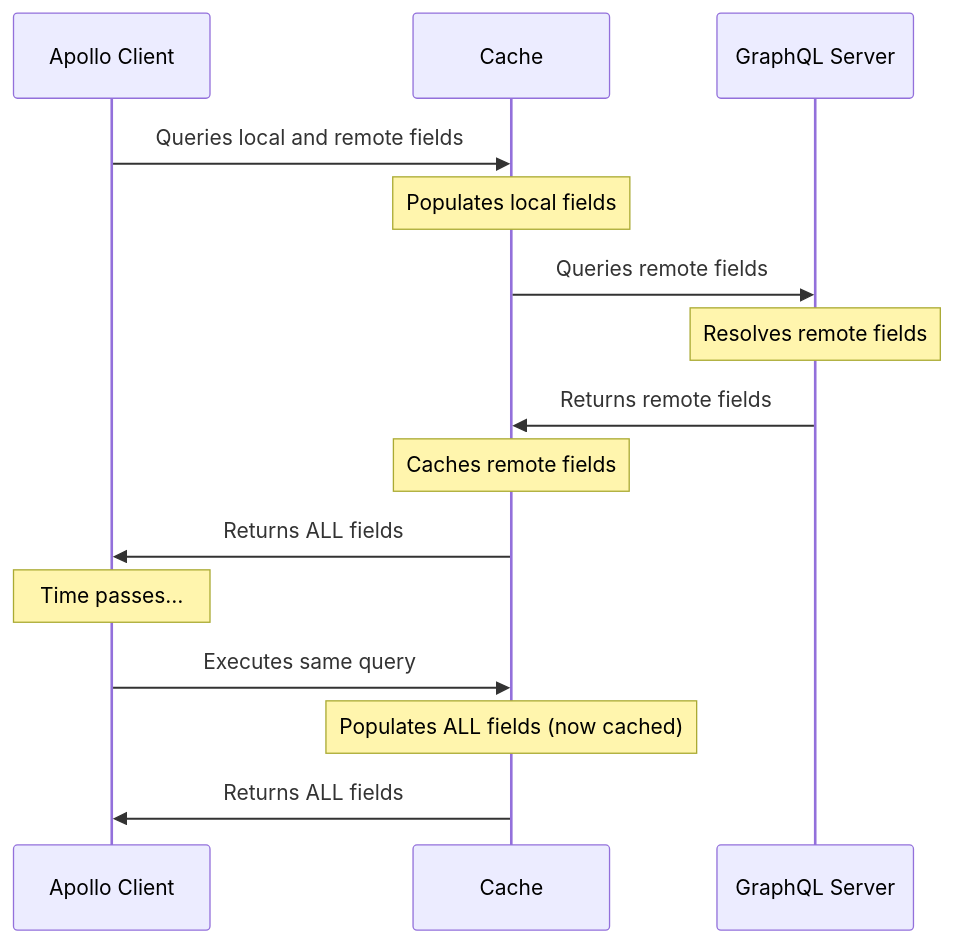
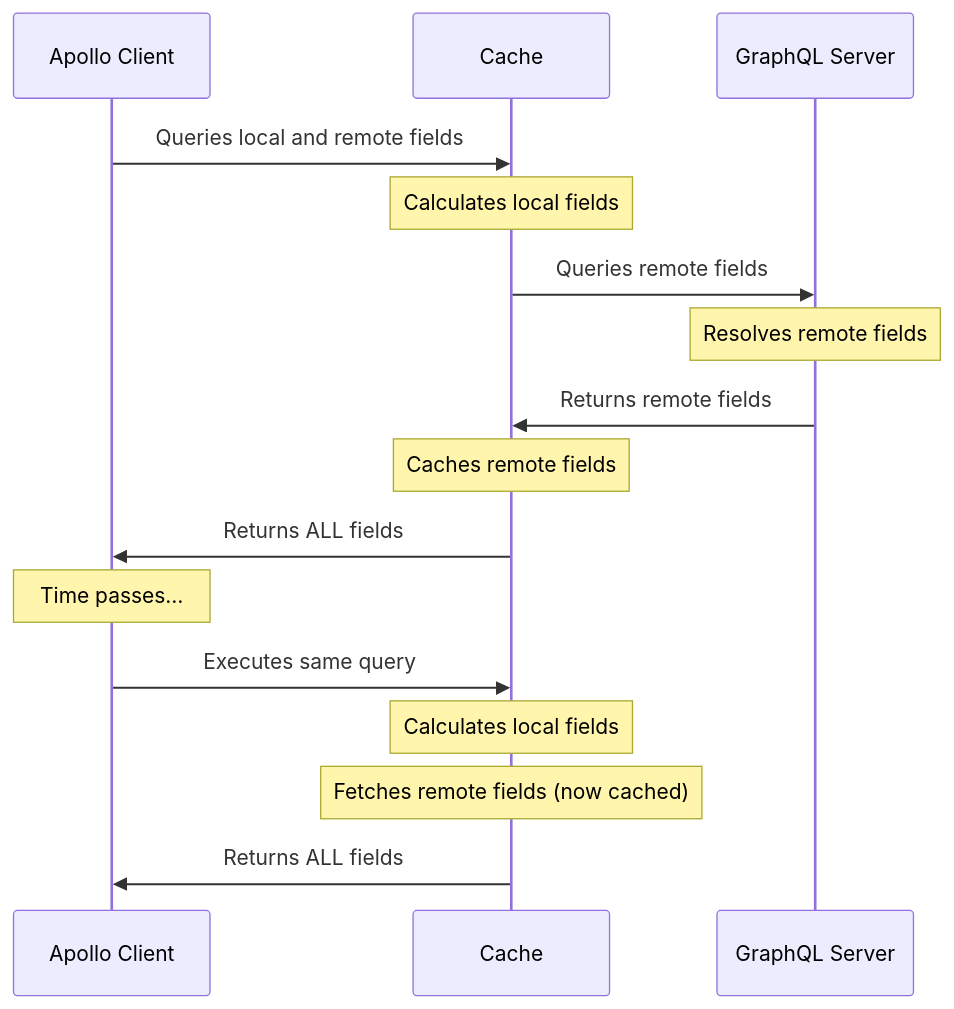
The diagram in docs/source/local-state/local-state-management.mdx (Artemis330/apollo-client), drawn with Mermaid before and after one commit.

Commit message:
Incorporate review from hwillson

````diff
--- a/docs/source/local-state/local-state-management.mdx
+++ b/docs/source/local-state/local-state-management.mdx
@@ -15,18 +15,19 @@
 ```mermaid
 sequenceDiagram
     participant Apollo Client;
     participant Cache;
     participant GraphQL Server;
 
     Apollo Client->>Cache: Queries local and remote fields;
-    Note over Cache: Populates local fields;
+    Note over Cache: Calculates local fields;
     Cache->>GraphQL Server: Queries remote fields;
     Note over GraphQL Server: Resolves remote fields;
     GraphQL Server->>Cache: Returns remote fields;
     Note over Cache: Caches remote fields;
     Cache->>Apollo Client: Returns ALL fields;
     Note over Apollo Client: Time passes…;
     Apollo Client->>Cache: Executes same query;
-    Note over Cache: Populates ALL fields (now cached);
+    Note over Cache: Calculates local fields;
+    Note over Cache: Fetches remote fields (now cached);
     Cache->>Apollo Client: Returns ALL fields;
 ```
````
